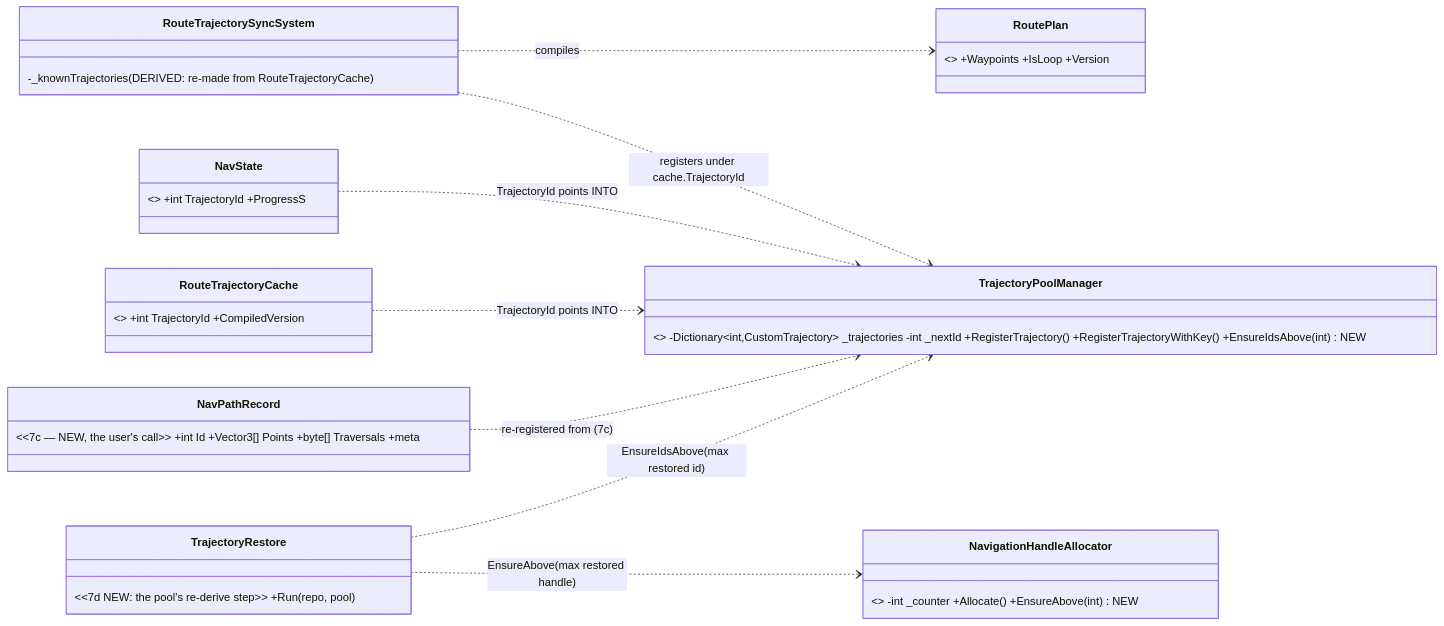
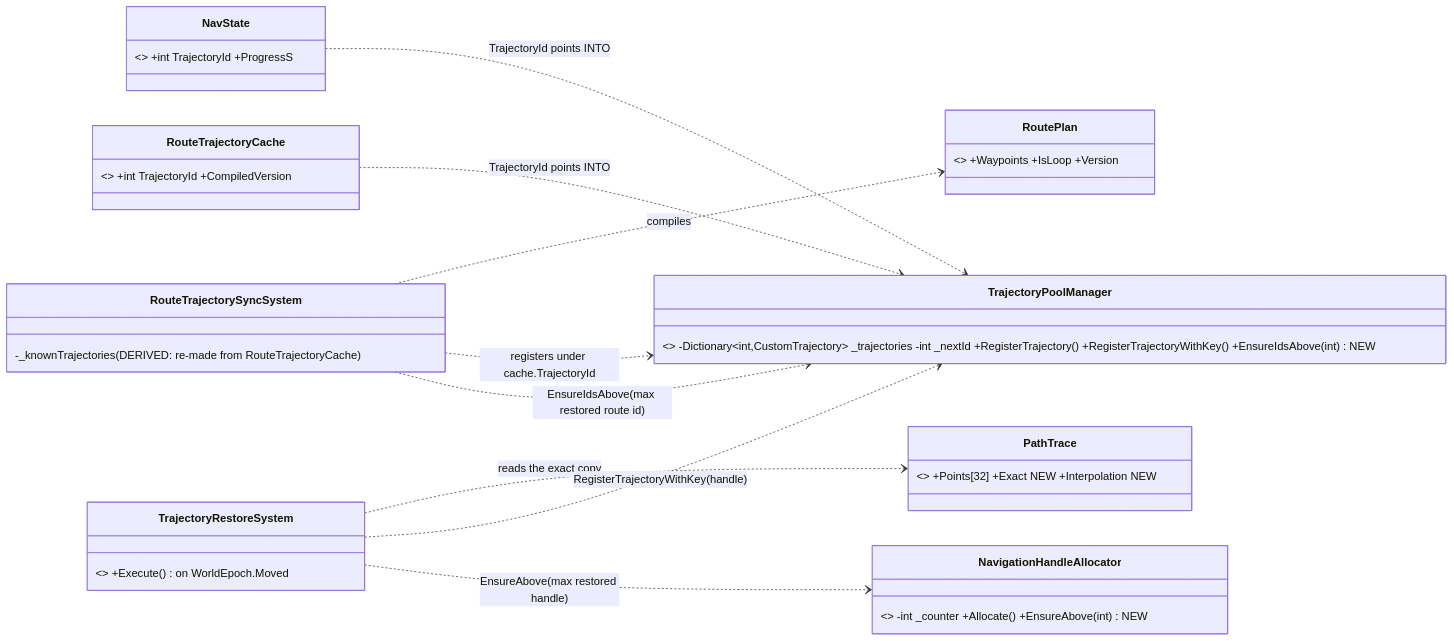
Before and after one commit to pjanec/HROT: the fourth of 5 diagrams in docs/DESIGN_System_State_Inventory.md, drawn with Mermaid. The commit also changed other lines of this file and 10 other files, not shown here.

````diff
--- a/docs/DESIGN_System_State_Inventory.md
+++ b/docs/DESIGN_System_State_Inventory.md
@@ -990,19 +990,20 @@
 ```mermaid
 classDiagram
   direction LR
   class TrajectoryPoolManager { <<per process, NOT in a keyframe>> -Dictionary~int,CustomTrajectory~ _trajectories -int _nextId +RegisterTrajectory() +RegisterTrajectoryWithKey() +EnsureIdsAbove(int) NEW }
   class NavigationHandleAllocator { <<static>> -int _counter +Allocate() +EnsureAbove(int) NEW }
   class RoutePlan { <<managed component, recorded>> +Waypoints +IsLoop +Version }
   class RouteTrajectoryCache { <<component, recorded>> +int TrajectoryId +CompiledVersion }
   class NavState { <<component, recorded>> +int TrajectoryId +ProgressS }
-  class NavPathRecord { <<7c — NEW, the user's call>> +int Id +Vector3[] Points +byte[] Traversals +meta }
+  class PathTrace { <<existing, unmanaged, recorded>> +Points[32] +Exact NEW +Interpolation NEW }
   class RouteTrajectorySyncSystem { -_knownTrajectories (DERIVED: re-made from RouteTrajectoryCache) }
-  class TrajectoryRestore { <<7d NEW: the pool's re-derive step>> +Run(repo, pool) }
+  class TrajectoryRestoreSystem { <<NEW, first in Simulation>> +Execute() on WorldEpoch.Moved }
   RouteTrajectorySyncSystem ..> RoutePlan : compiles
   RouteTrajectorySyncSystem ..> TrajectoryPoolManager : registers under cache.TrajectoryId
   NavState ..> TrajectoryPoolManager : TrajectoryId points INTO
   RouteTrajectoryCache ..> TrajectoryPoolManager : TrajectoryId points INTO
-  NavPathRecord ..> TrajectoryPoolManager : re-registered from (7c)
-  TrajectoryRestore ..> TrajectoryPoolManager : EnsureIdsAbove(max restored id)
-  TrajectoryRestore ..> NavigationHandleAllocator : EnsureAbove(max restored handle)
+  TrajectoryRestoreSystem ..> PathTrace : reads the exact copy
+  TrajectoryRestoreSystem ..> TrajectoryPoolManager : RegisterTrajectoryWithKey(handle)
+  RouteTrajectorySyncSystem ..> TrajectoryPoolManager : EnsureIdsAbove(max restored route id)
+  TrajectoryRestoreSystem ..> NavigationHandleAllocator : EnsureAbove(max restored handle)
 ```
````
